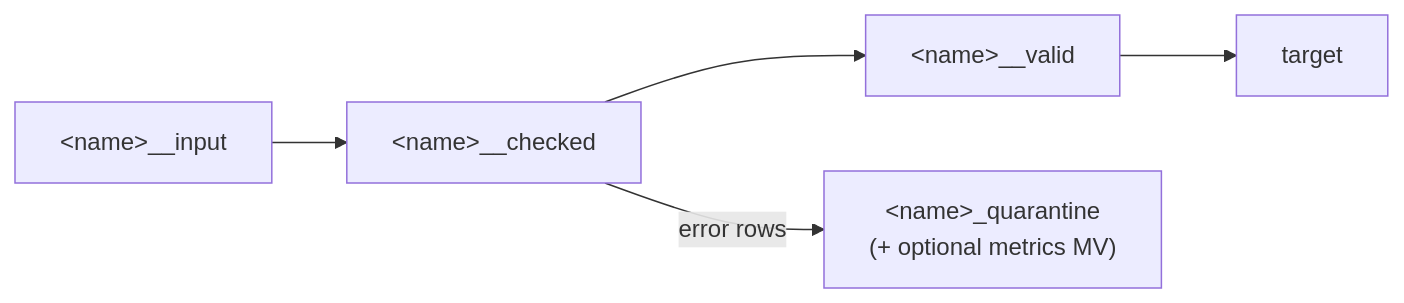
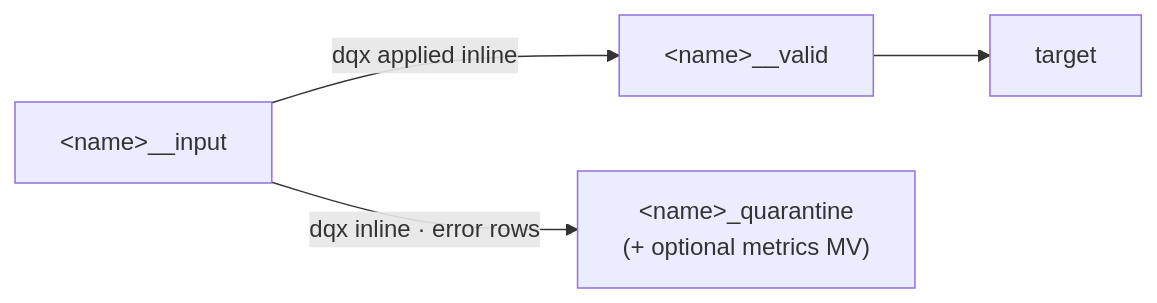
The second of 5 diagrams in docs/FRAMEWORK.md (Vegash09/Demo_Lab), drawn with Mermaid before and after one commit. The commit also changed other lines of this file and 6 other files, not shown here.

First line of the commit message:
fix(framework): apply dqx inline so the valid/quarantine split runs on serverless

````diff
--- a/docs/FRAMEWORK.md
+++ b/docs/FRAMEWORK.md
@@ -32,5 +32,5 @@
 ```mermaid
 flowchart LR
-    IN["&lt;name&gt;__input"] --> CHK["&lt;name&gt;__checked"] --> VAL["&lt;name&gt;__valid"] --> TGT["target"]
-    CHK -->|"error rows"| QUAR["&lt;name&gt;_quarantine<br/>(+ optional metrics MV)"]
+    IN["&lt;name&gt;__input"] -->|"dqx applied inline"| VAL["&lt;name&gt;__valid"] --> TGT["target"]
+    IN -->|"dqx inline · error rows"| QUAR["&lt;name&gt;_quarantine<br/>(+ optional metrics MV)"]
 ```
````
